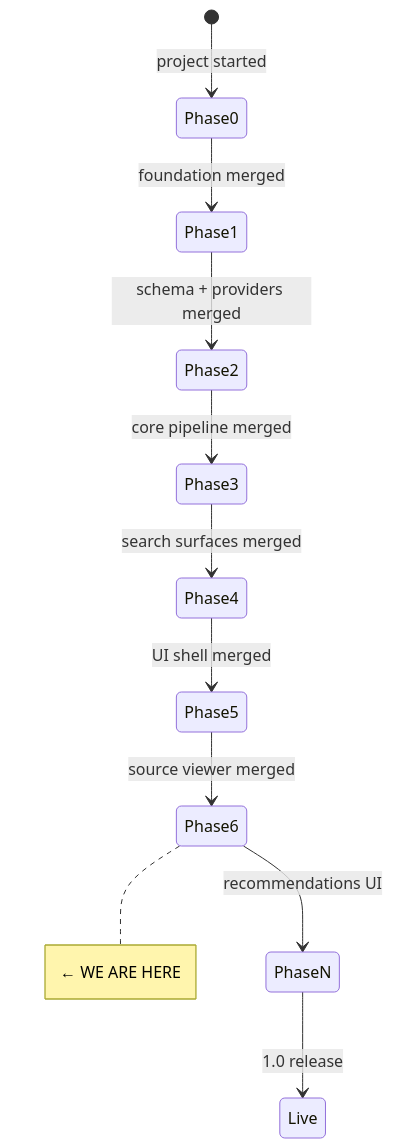
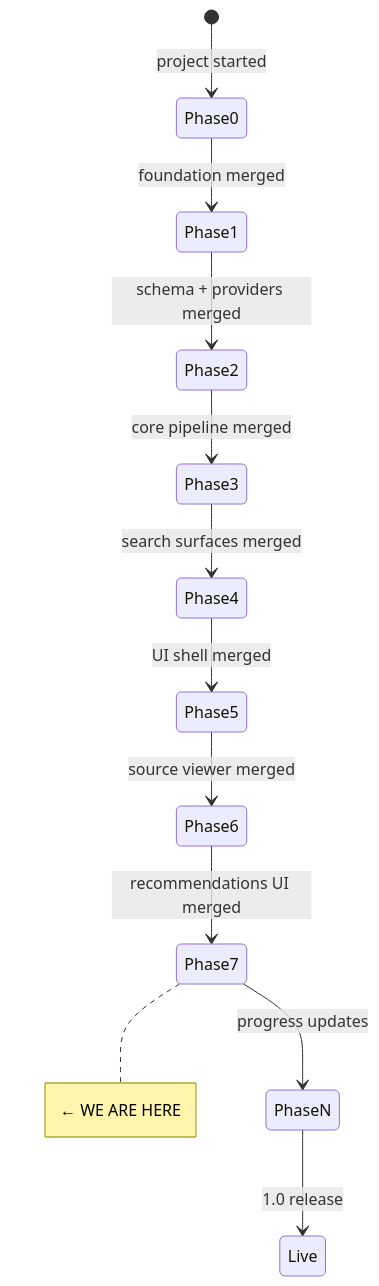
Before and after one commit to dataforaction-tom/open-recs-local: the diagram in STATE.md, drawn with Mermaid. The commit also changed other lines of this file and 1 other file, not shown here.

Commit message:
docs: post-merge cleanup of phase 6 plan/state staleness
PLAN.md said "Phase 6 ... (PR pending)" and had a duplicate Phase 7
line; STATE.md mermaid still pointed at Phase 6 as current. PR #9
merged to master at 379b6b2 in this session, so both docs now
correctly reflect Phase 6 done and Phase 7 (progress updates) as
the current phase. No code changes.

Local HANDOFF.md (gitignored) captures the session details for the
next handoff.

````diff
--- a/STATE.md
+++ b/STATE.md
@@ -7,14 +7,15 @@
 ```mermaid
 stateDiagram-v2
     [*] --> Phase0: project started
     Phase0 --> Phase1: foundation merged
     Phase1 --> Phase2: schema + providers merged
     Phase2 --> Phase3: core pipeline merged
     Phase3 --> Phase4: search surfaces merged
     Phase4 --> Phase5: UI shell merged
     Phase5 --> Phase6: source viewer merged
-    Phase6 --> PhaseN: recommendations UI
+    Phase6 --> Phase7: recommendations UI merged
+    Phase7 --> PhaseN: progress updates
     PhaseN --> Live: 1.0 release
 
-    note right of Phase6: ← WE ARE HERE
+    note right of Phase7: ← WE ARE HERE
 ```
````
